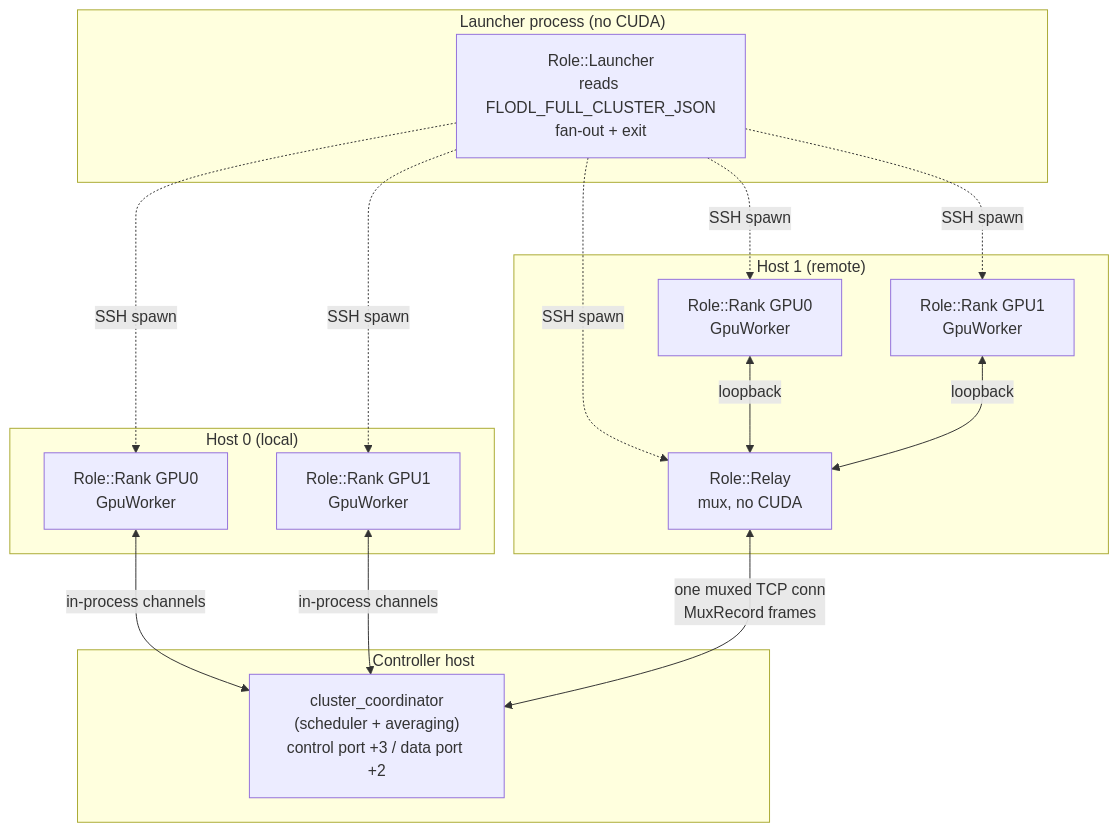
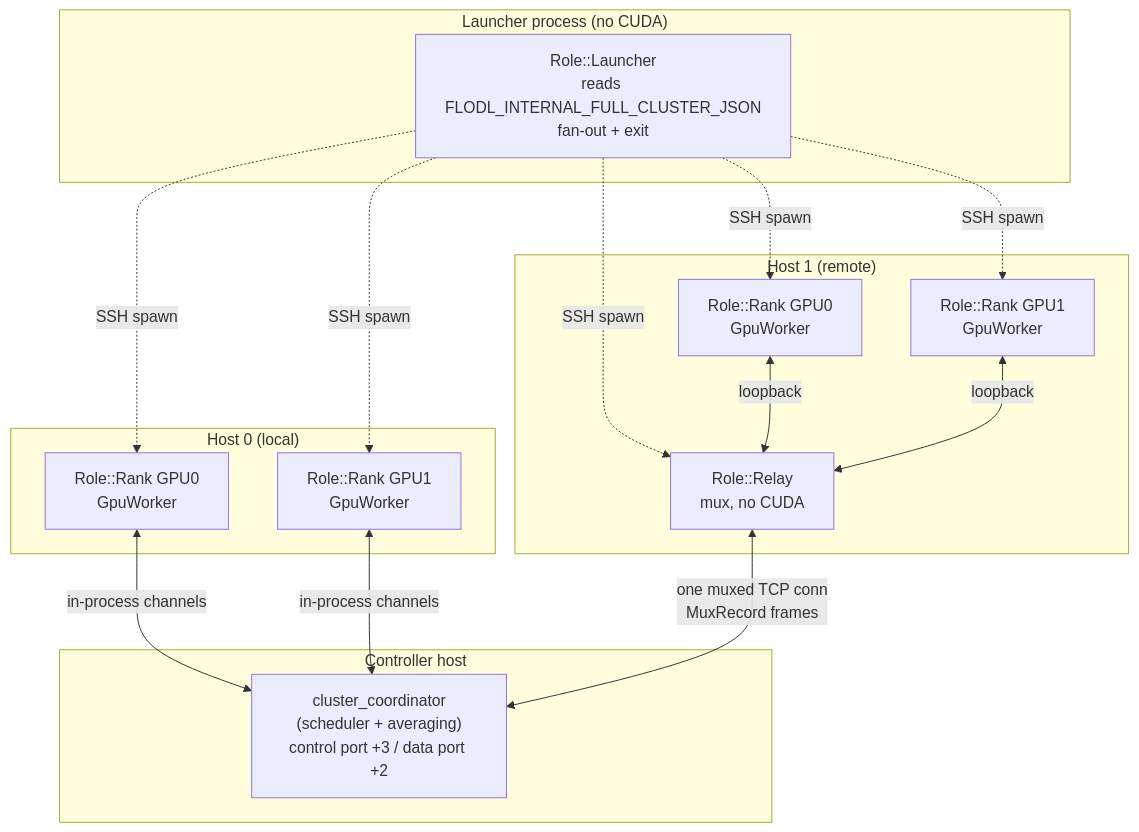
One commit to fab2s/floDl changed the first of 6 diagrams in docs/distributed/architecture.md. Above: the diagram before and after it, drawn with Mermaid. The commit also changed 19 other files, not shown here.

Commit message:
distributed: FLODL_INTERNAL_ prefix for FULL_CLUSTER_JSON; pin device order

````diff
--- a/docs/distributed/architecture.md
+++ b/docs/distributed/architecture.md
@@ -54,33 +54,33 @@
 ```mermaid
 flowchart TB
     subgraph launchbox["Launcher process (no CUDA)"]
-        L["Role::Launcher<br/>reads FLODL_FULL_CLUSTER_JSON<br/>fan-out + exit"]
+        L["Role::Launcher<br/>reads FLODL_INTERNAL_FULL_CLUSTER_JSON<br/>fan-out + exit"]
     end
 
     subgraph coordhost["Controller host"]
         C["cluster_coordinator<br/>(scheduler + averaging)<br/>control port +3 / data port +2"]
     end
 
     subgraph host0["Host 0 (local)"]
         W0["Role::Rank GPU0<br/>GpuWorker"]
         W1["Role::Rank GPU1<br/>GpuWorker"]
     end
 
     subgraph host1["Host 1 (remote)"]
         R1["Role::Relay<br/>mux, no CUDA"]
         W2["Role::Rank GPU0<br/>GpuWorker"]
         W3["Role::Rank GPU1<br/>GpuWorker"]
     end
 
     L -.->|SSH spawn| W0
     L -.->|SSH spawn| W1
     L -.->|SSH spawn| R1
     L -.->|SSH spawn| W2
     L -.->|SSH spawn| W3
 
     W0 <-->|in-process channels| C
     W1 <-->|in-process channels| C
     W2 <-->|loopback| R1
     W3 <-->|loopback| R1
     R1 <-->|one muxed TCP conn<br/>MuxRecord frames| C
 ```
````
